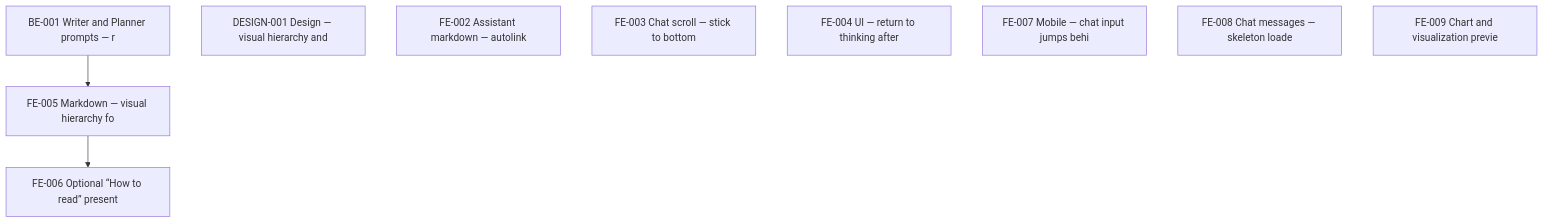
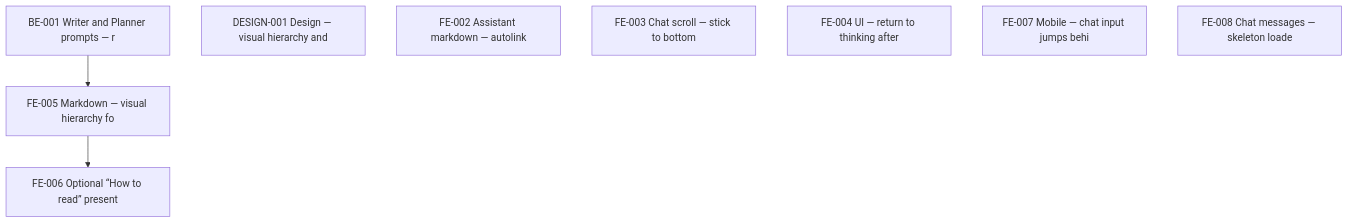
The diagram in TODO/README.md (admariner/data-ai-chatbot), drawn with Mermaid before and after one commit. The commit also changed other lines of this file and 1 other file, not shown here.

````diff
--- a/TODO/README.md
+++ b/TODO/README.md
@@ -33,15 +41,14 @@
 ```mermaid
 flowchart TB
   BE001["BE-001 Writer and Planner prompts — r"]
   DESIGN001["DESIGN-001 Design — visual hierarchy and "]
   FE002["FE-002 Assistant markdown — autolink "]
   FE003["FE-003 Chat scroll — stick to bottom "]
   FE004["FE-004 UI — return to thinking after "]
   FE005["FE-005 Markdown — visual hierarchy fo"]
   FE006["FE-006 Optional “How to read” present"]
   FE007["FE-007 Mobile — chat input jumps behi"]
   FE008["FE-008 Chat messages — skeleton loade"]
-  FE009["FE-009 Chart and visualization previe"]
   BE001 --> FE005
   FE005 --> FE006
 ```
````
